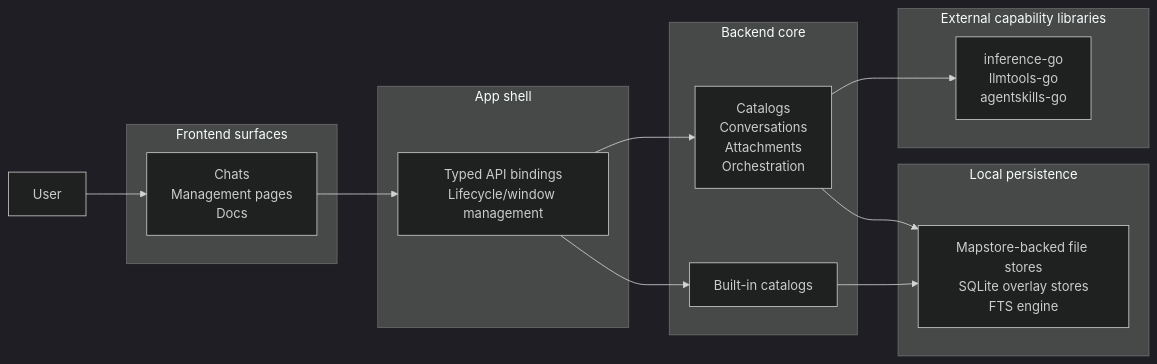
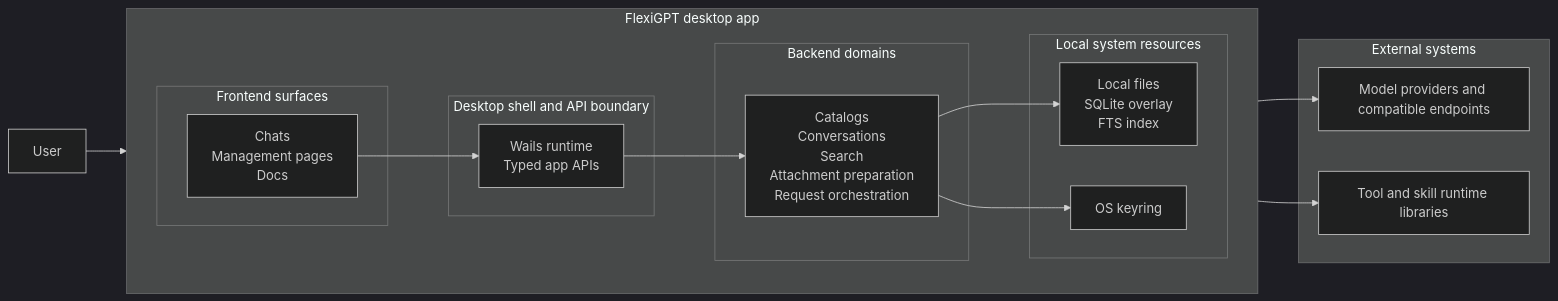
Before and after one commit to flexigpt/flexigpt-app: the diagram in frontend/app/docs/content/11-architecture-overview.md, drawn with Mermaid (dark theme). The commit also changed other lines of this file and 1 other file, not shown here.

````diff
--- a/frontend/app/docs/content/11-architecture-overview.md
+++ b/frontend/app/docs/content/11-architecture-overview.md
@@ -17,33 +37,38 @@
 ```mermaid
 flowchart LR
     User[User]
 
-    subgraph Frontend["Frontend surfaces"]
-        FrontendBox["Chats\nManagement pages\nDocs"]
+    subgraph App["FlexiGPT desktop app"]
+        direction LR
+
+        subgraph Frontend["Frontend surfaces"]
+            UI["Chats\nManagement pages\nDocs"]
+        end
+
+        subgraph Shell["Desktop shell and API boundary"]
+            Boundary["Wails runtime\nTyped app APIs"]
+        end
+
+        subgraph Backend["Backend domains"]
+            Core["Catalogs\nConversations\nSearch\nAttachment preparation\nRequest orchestration"]
+        end
+
+        subgraph Local["Local system resources"]
+            Data["Local files\nSQLite overlay\nFTS index"]
+            Keyring["OS keyring"]
+        end
     end
 
-    subgraph Shell["App shell"]
-        ShellBox["Typed API bindings\nLifecycle/window management"]
+    subgraph External["External systems"]
+        Providers["Model providers and compatible endpoints"]
+        Runtime["Tool and skill runtime libraries"]
     end
 
-    subgraph Backend["Backend core"]
-        BackendBox["Catalogs\nConversations\nAttachments\nOrchestration"]
-        BuiltinsBox["Built-in catalogs"]
-    end
-
-    subgraph Local["Local persistence"]
-        LocalBox["Mapstore-backed file stores\nSQLite overlay stores\nFTS engine"]
-    end
-
-    subgraph Capabilities["External capability libraries"]
-        CapBox["inference-go\nllmtools-go\nagentskills-go"]
-    end
-
-    User --> FrontendBox
-    FrontendBox --> ShellBox
-    ShellBox --> BackendBox
-    ShellBox --> BuiltinsBox
-    BackendBox --> LocalBox
-    BackendBox --> CapBox
-    BuiltinsBox --> LocalBox
+    User --> UI
+    UI --> Boundary
+    Boundary --> Core
+    Core --> Data
+    Core --> Keyring
+    Core --> Providers
+    Core --> Runtime
 ```
````
